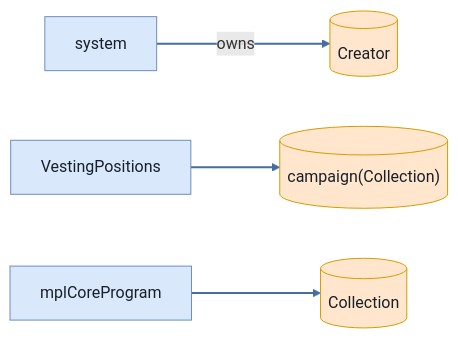
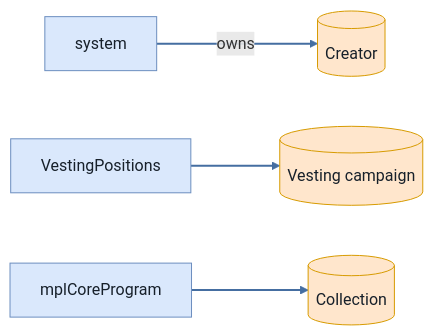
The ninth of 12 diagrams in babelfish-tests/test-report/collection_freeze_does_not_block_existing_transferable_positions.md (cds-turbin3/vesting-position), drawn with Mermaid before and after one commit. The commit also changed other lines of this file and 104 other files, not shown here.

````diff
--- a/babelfish-tests/test-report/collection_freeze_does_not_block_existing_transferable_positions.md
+++ b/babelfish-tests/test-report/collection_freeze_does_not_block_existing_transferable_positions.md
@@ -416,16 +416,16 @@
 ```mermaid
 flowchart LR
     system["system"]:::program
     Creator[("Creator")]:::state
     VestingPositions["VestingPositions"]:::program
-    campaignCollection[("campaign(Collection)")]:::state
+    Vestingcampaign[("Vesting campaign")]:::state
     mplCoreProgram["mplCoreProgram"]:::program
     Collection[("Collection")]:::state
     system -->|owns| Creator
-    VestingPositions --> campaignCollection
+    VestingPositions --> Vestingcampaign
     mplCoreProgram --> Collection
     classDef program fill:#dae8fc,stroke:#6c8ebf,color:#17202a;
     classDef signer fill:#d5e8d4,stroke:#82b366,color:#17202a;
     classDef state fill:#ffe6cc,stroke:#d79b00,color:#17202a;
     linkStyle 0,1,2 stroke:#456ea1,stroke-width:2px
 ```
````
